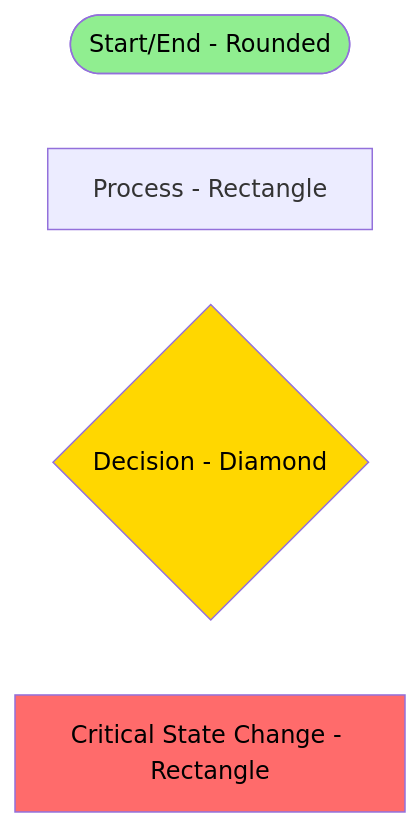
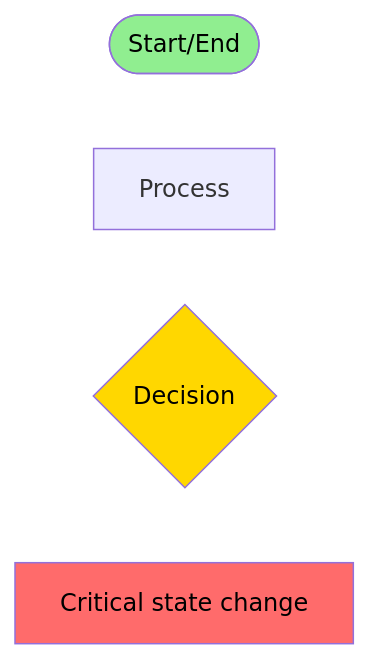
The tenth of 10 diagrams in documents/esp32/FLOW_DIAGRAM_ESP32.md (meeTeam05/datalogger), drawn with Mermaid before and after one commit. The commit also changed other lines of this file, not shown here.

Commit message:
fix(docs): update flow diagram titles and descriptions for clarity in FLOW_DIAGRAM_ESP32.md

````diff
--- a/documents/esp32/FLOW_DIAGRAM_ESP32.md
+++ b/documents/esp32/FLOW_DIAGRAM_ESP32.md
@@ -318,11 +328,11 @@
 ```mermaid
 flowchart LR
-    Start([Start/End - Rounded])
-    Process[Process - Rectangle]
-    Decision{Decision - Diamond}
-    Critical[Critical State Change - Rectangle]
+    Start([Start/End])
+    Process[Process]
+    Decision{Decision}
+    Critical[Critical state change]
 
     style Start fill:#90EE90, color:#000000
     style Decision fill:#FFD700, color:#000000
     style Critical fill:#FF6B6B, color:#000000
 ```
````
